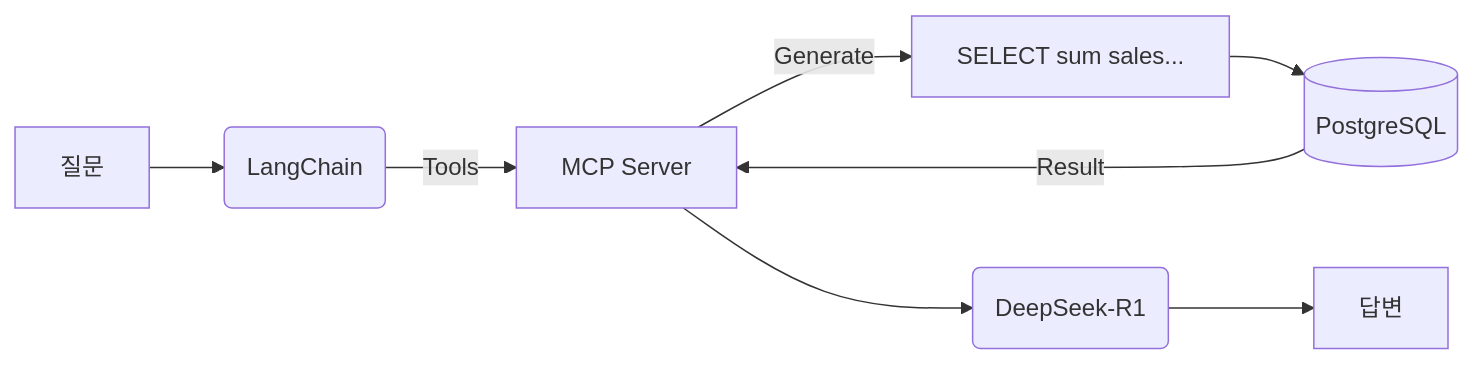
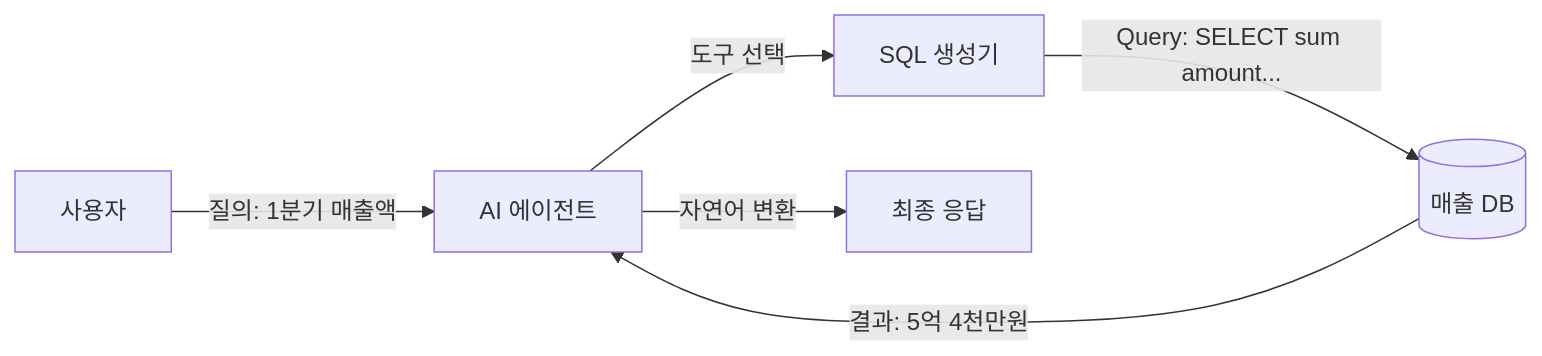
One commit to kjh5848/ai-llm-rag changed the second of 5 diagrams in 00_manuscript/01장_프롤로그/02.본문.md. Above: the diagram before and after it, drawn with Mermaid. The commit also changed other lines of this file and 125 other files, not shown here.

````diff
--- a/00_manuscript/01장_프롤로그/02.본문.md
+++ b/00_manuscript/01장_프롤로그/02.본문.md
@@ -50,10 +53,8 @@
 ```mermaid
-flowchart LR
-    User[질문] --> Agent(LangChain)
-    Agent -->|Tools| MCP[MCP Server]
-    MCP -->|Generate| SQL[SELECT sum sales...]
-    SQL --> DB[(PostgreSQL)]
-    DB -->|Result| MCP
-    MCP --> LLM(DeepSeek-R1)
-    LLM --> Answer[답변]
+graph LR
+    User[사용자] -->|질의: 1분기 매출액| Agent[AI 에이전트]
+    Agent -->|도구 선택| SQL[SQL 생성기]
+    SQL -->|Query: SELECT sum amount...| DB[(매출 DB)]
+    DB -->|결과: 5억 4천만원| Agent
+    Agent -->|자연어 변환| Answer[최종 응답]
 ```
````
